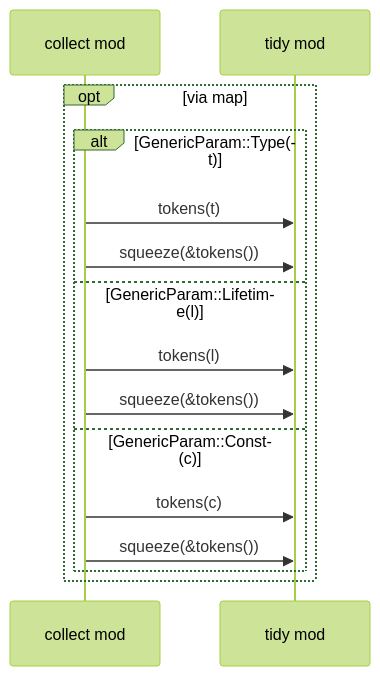
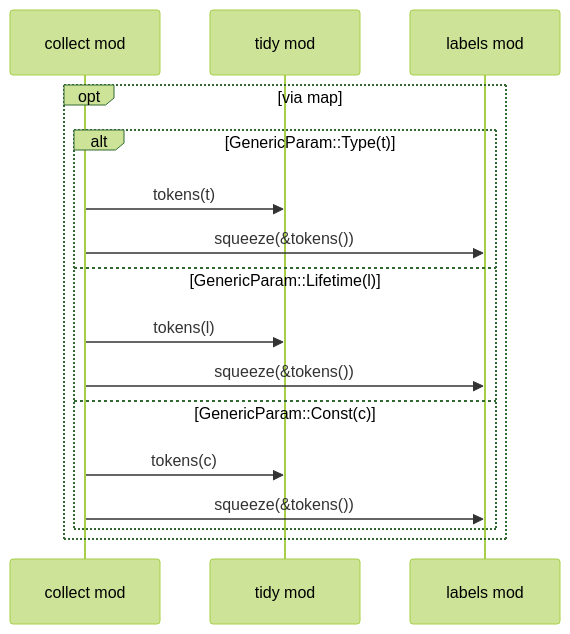
Diagram 14 of 36 in docs/sealmap/crates/sealmap-rust/src/collect.rs.md (DreamLab-AI/codemaid), drawn with Mermaid (forest theme) before and after one commit. The commit also changed other lines of this file and 37 other files, not shown here.

First line of the commit message:
frontend: extract sealmap-frontend from sealmap-rust

````diff
--- a/docs/sealmap/crates/sealmap-rust/src/collect.rs.md
+++ b/docs/sealmap/crates/sealmap-rust/src/collect.rs.md
@@ -500,17 +497,18 @@
 ```mermaid
 sequenceDiagram
   participant sealmap_rust__collect as collect mod
   participant sealmap_rust__tidy as tidy mod
+  participant sealmap_frontend__labels as labels mod
   opt via map
     alt GenericParam::Type(t)
       sealmap_rust__collect->>sealmap_rust__tidy: tokens(t)
-      sealmap_rust__collect->>sealmap_rust__tidy: squeeze(&tokens())
+      sealmap_rust__collect->>sealmap_frontend__labels: squeeze(&tokens())
     else GenericParam::Lifetime(l)
       sealmap_rust__collect->>sealmap_rust__tidy: tokens(l)
-      sealmap_rust__collect->>sealmap_rust__tidy: squeeze(&tokens())
+      sealmap_rust__collect->>sealmap_frontend__labels: squeeze(&tokens())
     else GenericParam::Const(c)
       sealmap_rust__collect->>sealmap_rust__tidy: tokens(c)
-      sealmap_rust__collect->>sealmap_rust__tidy: squeeze(&tokens())
+      sealmap_rust__collect->>sealmap_frontend__labels: squeeze(&tokens())
     end
   end
 ```
````
